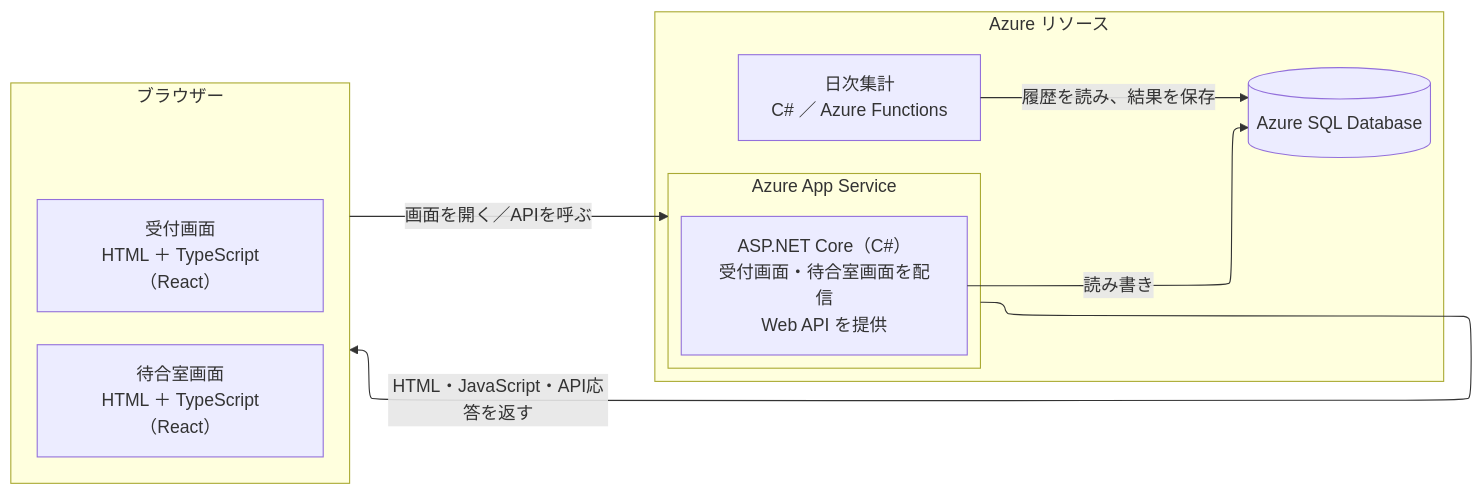
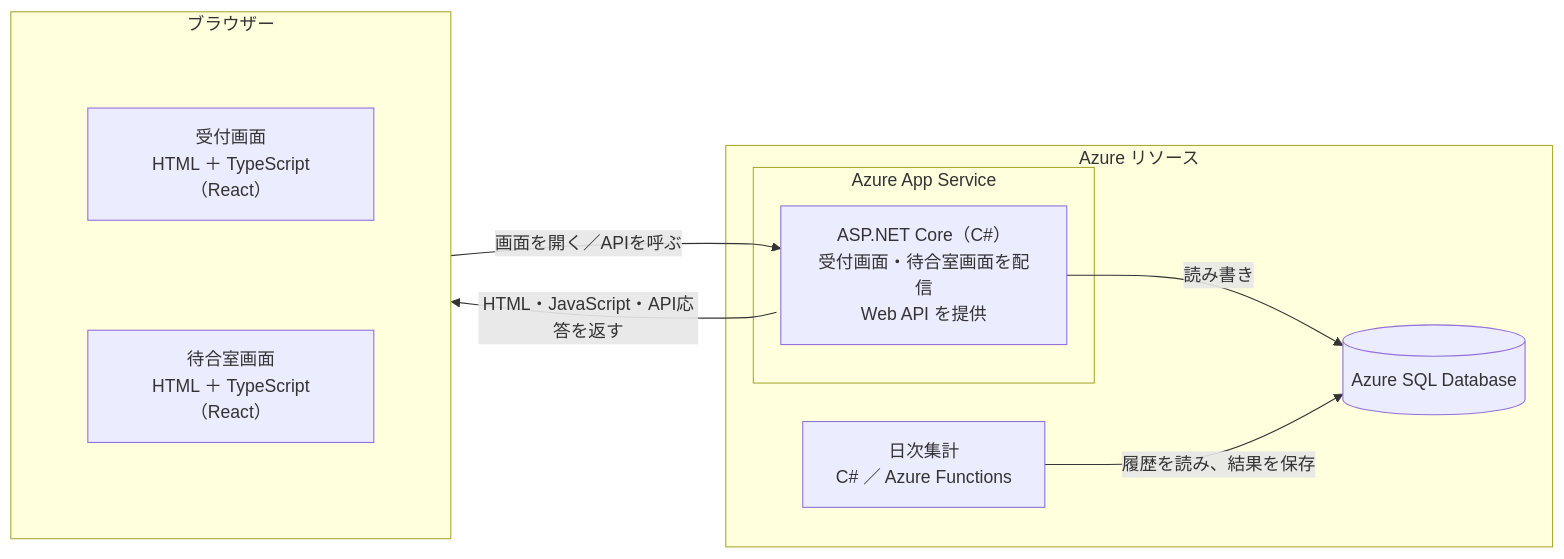
Before and after one commit to 238endo/WaitingRoom: the second of 2 diagrams in docs/詳細設計.md, drawn with Mermaid. The commit also changed other lines of this file, not shown here.

````diff
--- a/docs/詳細設計.md
+++ b/docs/詳細設計.md
@@ -39,23 +42,26 @@
 ```mermaid
 ---
 config:
-    layout: elk
+    layout: dagre
 ---
 flowchart LR
     subgraph Browser["ブラウザー"]
         subgraph Screens[" "]
             direction TB
             R["受付画面<br/>HTML ＋ TypeScript（React）"] ~~~ W["待合室画面<br/>HTML ＋ TypeScript（React）"]
         end
     end
     subgraph Azure["Azure リソース"]
         subgraph App[Azure App Service]
             A["ASP.NET Core（C#）<br/>受付画面・待合室画面を配信<br/>Web API を提供"]
         end
         A -->|読み書き| D[(Azure SQL Database)]
         F["日次集計<br/>C# ／ Azure Functions"] -->|履歴を読み、結果を保存| D
     end
-    Browser -->|画面を開く／APIを呼ぶ| App
-    App -->|HTML・JavaScript・API応答を返す| Browser
+    Browser -->|画面を開く／APIを呼ぶ| A
+    %% 配置順を保ちながら、応答の矢印をブラウザー側に向ける。
+    Browser response@<-->|HTML・JavaScript・API応答を返す| A
+    classDef responseArrow marker-end:none
+    class response responseArrow
     style Screens fill:none,stroke:none
 ```
````
